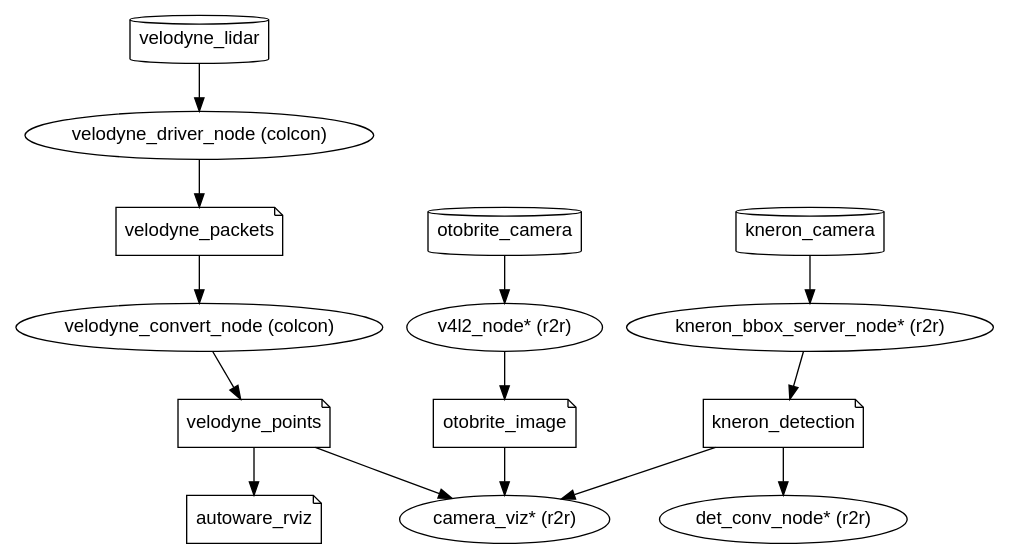
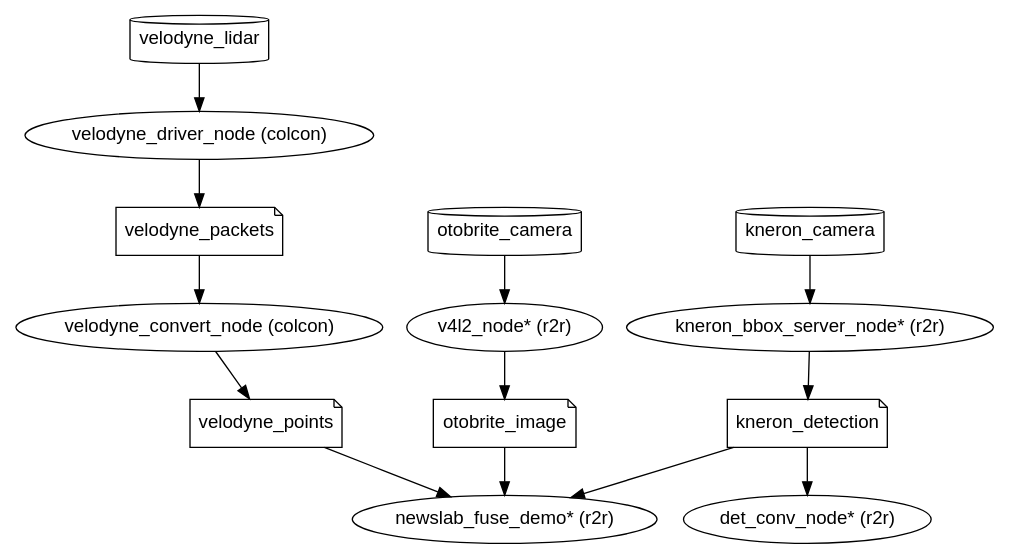
One commit to NEWSLabNTU/2022-10-mih-demo changed the diagram in doc/architecture.dot. Above: the diagram before and after it, drawn with Graphviz. The commit also changed 2 other files, not shown here.

Commit message:
Update architecture doc

```diff
--- a/doc/architecture.dot
+++ b/doc/architecture.dot
@@ -1,51 +1,50 @@
 digraph architecture {
         fontname="Helvetica,Arial,sans-serif"
         node [fontname="Helvetica,Arial,sans-serif"]
         edge [fontname="Helvetica,Arial,sans-serif"]
 
         node [shape=cylinder];
         velodyne_lidar;
         otobrite_camera;
         kneron_camera;
         
 	node [shape=ellipse];
         velodyne_driver_node [label = "velodyne_driver_node (colcon)"];
         velodyne_convert_node [label = "velodyne_convert_node (colcon)"];
-        camera_viz [label = "camera_viz* (r2r)"];
+        newslab_fuse_demo [label = "newslab_fuse_demo* (r2r)"];
         kneron_bbox_server_node [label = "kneron_bbox_server_node* (r2r)"];
         v4l2_node [label = "v4l2_node* (r2r)"];
         det_conv_node [label = "det_conv_node* (r2r)"];
         
 	node [shape=note];
         velodyne_packets;
         velodyne_points;
         kneron_detection;
         otobrite_image;
 
         // Velodyne 32C lidar device
         velodyne_lidar -> velodyne_driver_node
 
         // Otobrite camera device
         otobrite_camera -> v4l2_node
         
         // Kneron camera device
         kneron_camera -> kneron_bbox_server_node
         
         // topic velodyne_packets
         velodyne_driver_node -> velodyne_packets
         velodyne_packets -> velodyne_convert_node
         
         // topic velodyne_points
         velodyne_convert_node -> velodyne_points
-        velodyne_points -> camera_viz
-        velodyne_points -> autoware_rviz
+        velodyne_points -> newslab_fuse_demo
 
         // topic kneron_detecion
         kneron_bbox_server_node -> kneron_detection
-        kneron_detection -> camera_viz
+        kneron_detection -> newslab_fuse_demo
         kneron_detection -> det_conv_node
 
         // topic otobrite_image
         v4l2_node -> otobrite_image
-        otobrite_image -> camera_viz
+        otobrite_image -> newslab_fuse_demo
 }
```
